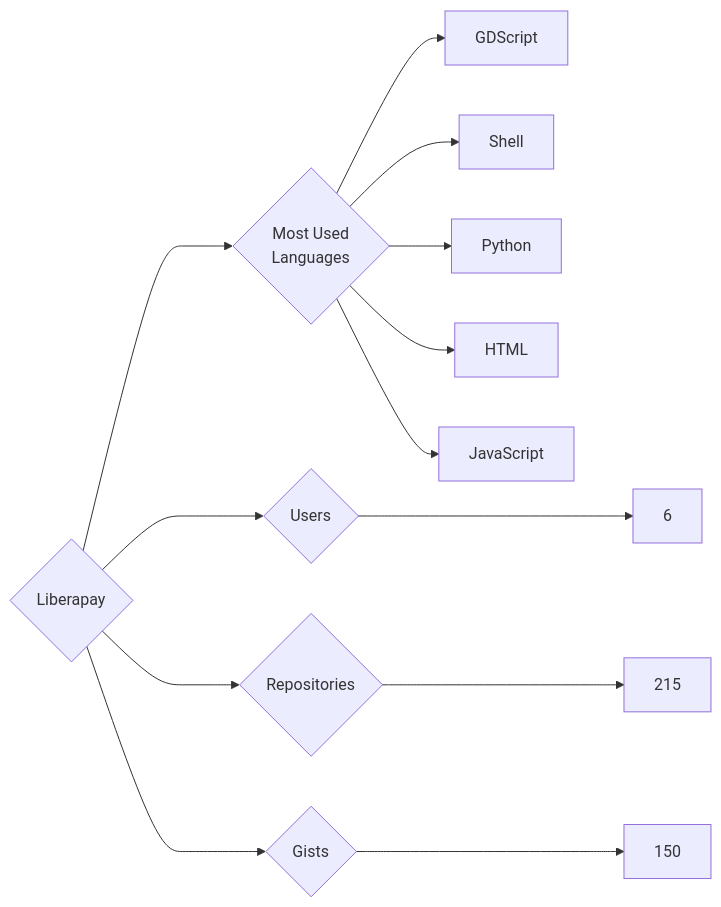
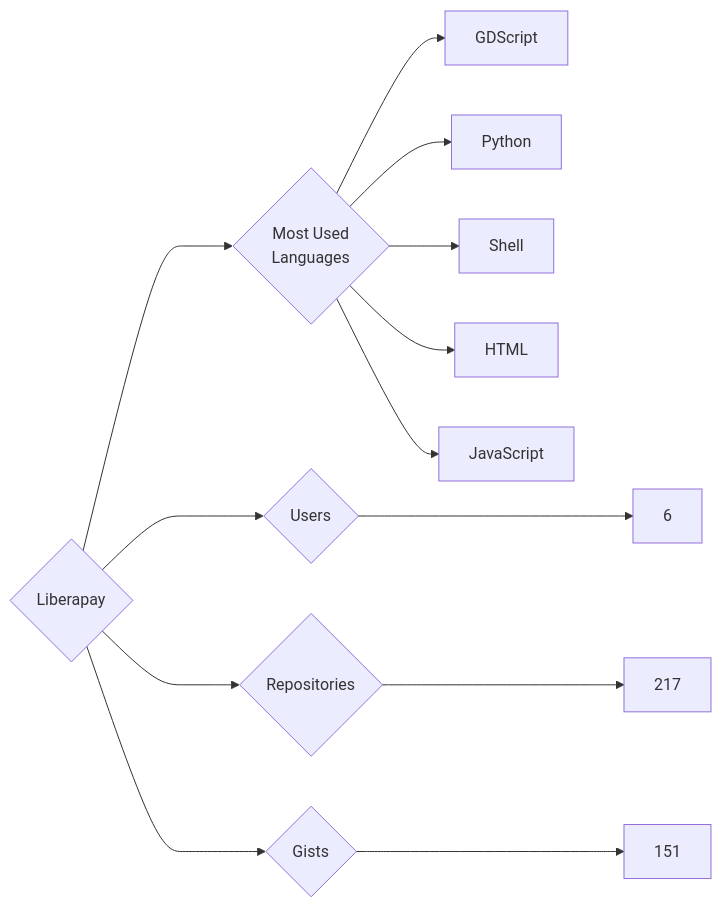
The diagram in targets/Liberapay/README.md (trickest/insiders), drawn with Mermaid before and after one commit. The commit also changed 944 other files, not shown here.

````diff
--- a/targets/Liberapay/README.md
+++ b/targets/Liberapay/README.md
@@ -3,13 +3,13 @@
 ```mermaid
 graph LR
 COMPANY_NAME{Liberapay}
 COMPANY_NAME ---> U{Users} ---> UN[6]
-COMPANY_NAME ---> R{Repositories} ---> RN[215]
-COMPANY_NAME ---> G{Gists} ---> GN[150]
+COMPANY_NAME ---> R{Repositories} ---> RN[217]
+COMPANY_NAME ---> G{Gists} ---> GN[151]
 COMPANY_NAME ---> ML{Most Used<br>Languages}
 ML --> GDScript[GDScript]
+ML --> Python[Python]
 ML --> Shell[Shell]
-ML --> Python[Python]
 ML --> HTML[HTML]
 ML --> JavaScript[JavaScript]
 ```
````
